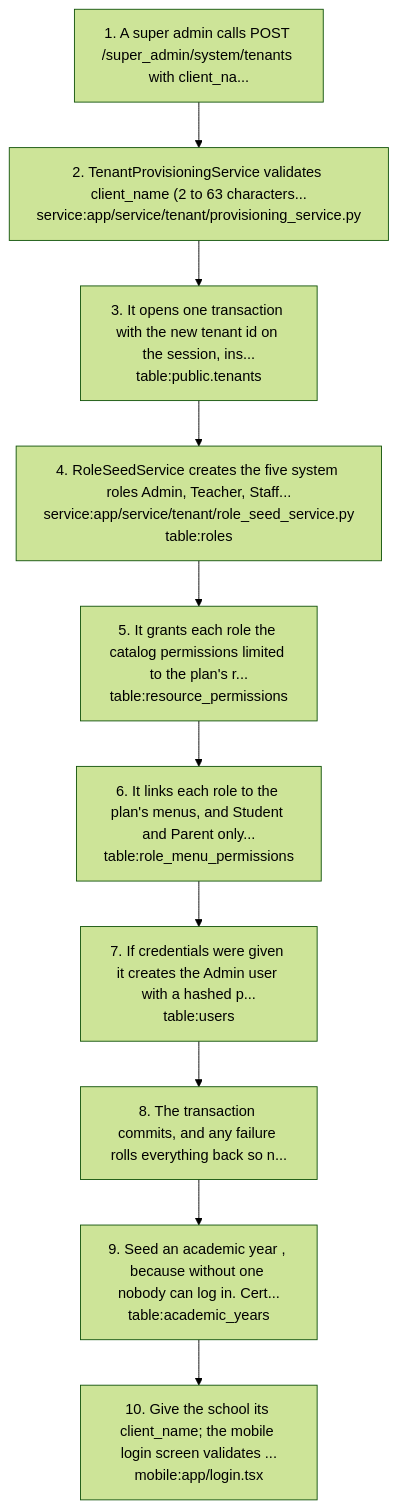
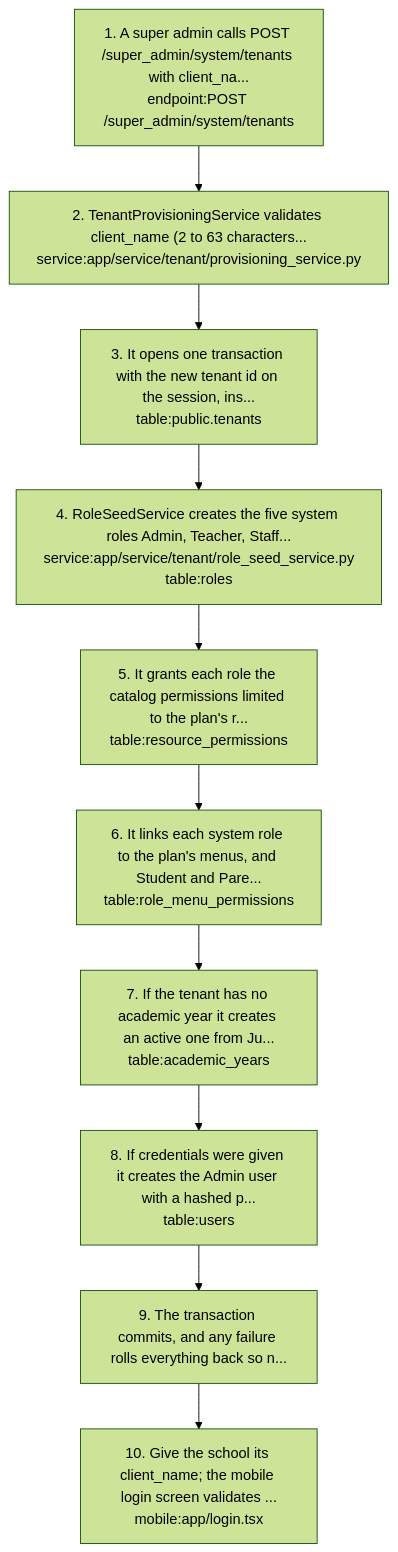
The sixth of 7 diagrams in docs/graph/views/tenants-and-admin.md (nerellasraj21/cos360_full_app), drawn with Mermaid (forest theme) before and after one commit. The commit also changed other lines of this file and 44 other files, not shown here.

First line of the commit message:
Re-verify project docs and knowledge graph against current code

````diff
--- a/docs/graph/views/tenants-and-admin.md
+++ b/docs/graph/views/tenants-and-admin.md
@@ -323,22 +326,22 @@
 ```mermaid
 flowchart TD
-  s1["1. A super admin calls POST /super_admin/system/tenants with client_na..."]
+  s1["1. A super admin calls POST /super_admin/system/tenants with client_na...<br/>endpoint:POST /super_admin/system/tenants"]
   s2["2. TenantProvisioningService validates client_name (2 to 63 characters...<br/>service:app/service/tenant/provisioning_service.py"]
   s1 --> s2
   s3["3. It opens one transaction with the new tenant id on the session, ins...<br/>table:public.tenants"]
   s2 --> s3
   s4["4. RoleSeedService creates the five system roles Admin, Teacher, Staff...<br/>service:app/service/tenant/role_seed_service.py<br/>table:roles"]
   s3 --> s4
   s5["5. It grants each role the catalog permissions limited to the plan's r...<br/>table:resource_permissions"]
   s4 --> s5
-  s6["6. It links each role to the plan's menus, and Student and Parent only...<br/>table:role_menu_permissions"]
+  s6["6. It links each system role to the plan's menus, and Student and Pare...<br/>table:role_menu_permissions"]
   s5 --> s6
-  s7["7. If credentials were given it creates the Admin user with a hashed p...<br/>table:users"]
+  s7["7. If the tenant has no academic year it creates an active one from Ju...<br/>table:academic_years"]
   s6 --> s7
-  s8["8. The transaction commits, and any failure rolls everything back so n..."]
+  s8["8. If credentials were given it creates the Admin user with a hashed p...<br/>table:users"]
   s7 --> s8
-  s9["9. Seed an academic year , because without one nobody can log in. Cert...<br/>table:academic_years"]
+  s9["9. The transaction commits, and any failure rolls everything back so n..."]
   s8 --> s9
   s10["10. Give the school its client_name; the mobile login screen validates ...<br/>mobile:app/login.tsx"]
   s9 --> s10
 ```
````
